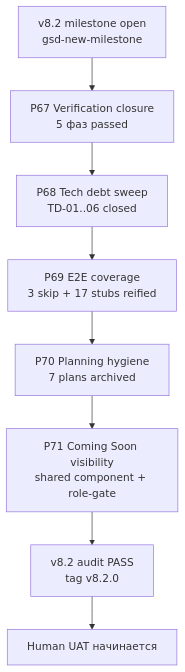
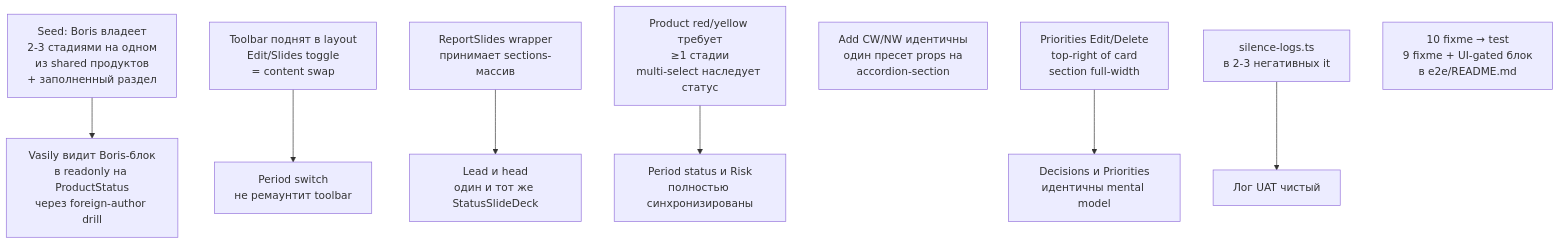
Before and after one commit to apolenkov/weeklyreport: the third of 10 diagrams in .planning/plans/page-feedback-lead-report-a0000000-0000-pure-mist.md, drawn with Mermaid. The commit also changed other lines of this file and 1 other file, not shown here.

First line of the commit message:
chore(planning): v8.3 pre-UAT closure — STATE.md updated, plan archived

````diff
--- a/.planning/plans/page-feedback-lead-report-a0000000-0000-pure-mist.md
+++ b/.planning/plans/page-feedback-lead-report-a0000000-0000-pure-mist.md
@@ -67,12 +100,17 @@
 ```mermaid
 flowchart TB
-    S1[v8.2 milestone open<br/>gsd-new-milestone]
-    S2[P67 Verification closure<br/>5 фаз passed]
-    S3[P68 Tech debt sweep<br/>TD-01..06 closed]
-    S4[P69 E2E coverage<br/>3 skip + 17 stubs reified]
-    S5[P70 Planning hygiene<br/>7 plans archived]
-    S6[P71 Coming Soon visibility<br/>shared component + role-gate]
-    S7[v8.2 audit PASS<br/>tag v8.2.0]
-    S8[Human UAT начинается]
-    S1 --> S2 --> S3 --> S4 --> S5 --> S6 --> S7 --> S8
+    S1[Seed: Boris владеет<br/>2-3 стадиями на одном<br/>из shared продуктов<br/>+ заполненный раздел]
+    S1 --> S2[Vasily видит Boris-блок<br/>в readonly на ProductStatus<br/>через foreign-author drill]
+    S3[Toolbar поднят в layout<br/>Edit/Slides toggle<br/>= content swap]
+    S3 --> S4[Period switch<br/>не ремаунтит toolbar]
+    S5[ReportSlides wrapper<br/>принимает sections-массив]
+    S5 --> S6[Lead и head<br/>один и тот же StatusSlideDeck]
+    S10[Product red/yellow требует<br/>≥1 стадии<br/>multi-select наследует статус]
+    S10 --> S11[Period status и Risk<br/>полностью синхронизированы]
+    S12[Add CW/NW идентичны<br/>один пресет props на<br/>accordion-section]
+    S13[Priorities Edit/Delete<br/>top-right of card<br/>section full-width]
+    S13 --> S14[Decisions и Priorities<br/>идентичны mental model]
+    S7[silence-logs.ts<br/>в 2-3 негативных it]
+    S7 --> S8[Лог UAT чистый]
+    S9[10 fixme → test<br/>9 fixme + UI-gated блок<br/>в e2e/README.md]
 ```
````
